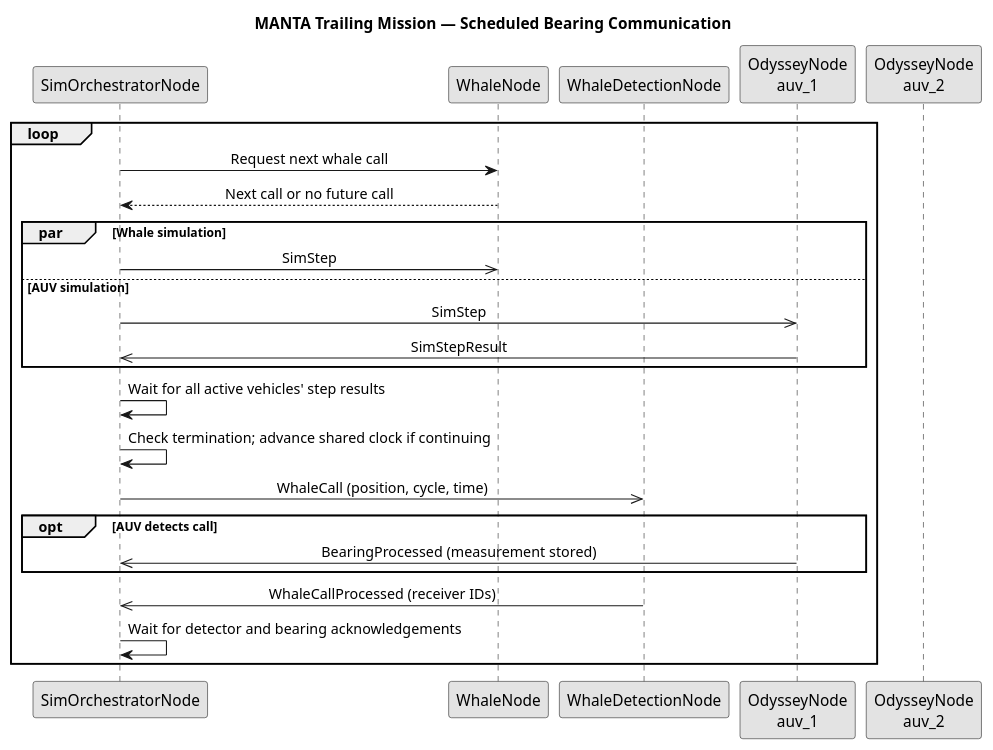
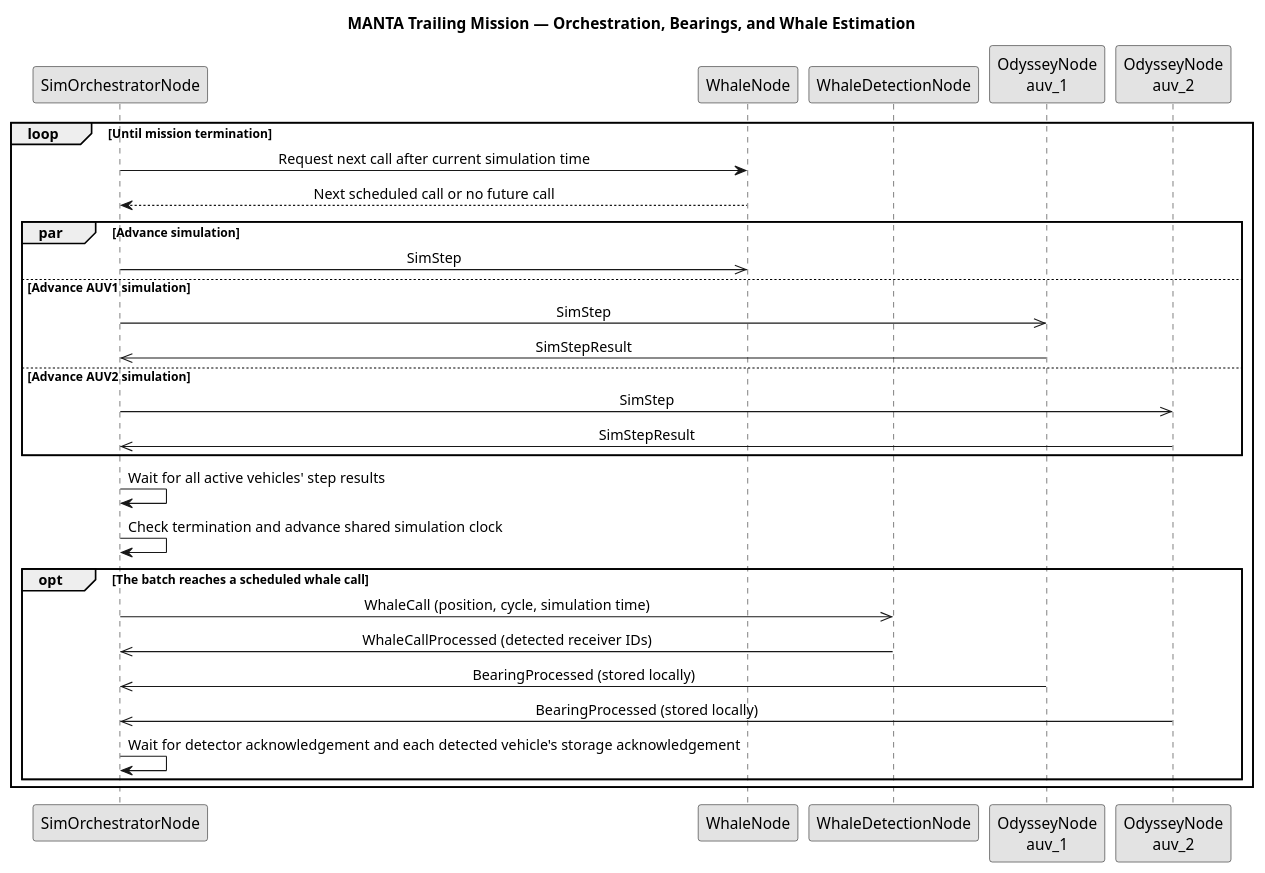
The diagram in components/manta_core/docs/sim_orchestrator_sequence.puml (Tebcherani/MANTA), drawn with PlantUML before and after one commit.

Commit message:
Updated sim orchestrator sequence

```diff
--- a/components/manta_core/docs/sim_orchestrator_sequence.puml
+++ b/components/manta_core/docs/sim_orchestrator_sequence.puml
@@ -1,41 +1,42 @@
 @startuml
-title MANTA Trailing Mission — Scheduled Bearing Communication
+title MANTA Trailing Mission — Orchestration, Bearings, and Whale Estimation
 
 skinparam monochrome true
 skinparam shadowing false
 skinparam sequenceMessageAlign center
 skinparam responseMessageBelowArrow true
 
 participant "SimOrchestratorNode" as Orchestrator
 participant "WhaleNode" as Whale
 participant "WhaleDetectionNode" as Detection
 participant "OdysseyNode\nauv_1" as AUV1
 participant "OdysseyNode\nauv_2" as AUV2
 
-loop
+loop Until mission termination
+    Orchestrator -> Whale : Request next call after current simulation time
+    Whale --> Orchestrator : Next scheduled call or no future call
 
-    Orchestrator -> Whale : Request next whale call
-    Whale --> Orchestrator : Next call or no future call
-
-    par Whale simulation
+    par Advance simulation
         Orchestrator ->> Whale : SimStep
-
-    else AUV simulation
+    else Advance AUV1 simulation
         Orchestrator ->> AUV1 : SimStep
         AUV1 ->> Orchestrator : SimStepResult
+    else Advance AUV2 simulation
+        Orchestrator ->> AUV2 : SimStep        
+        AUV2 ->> Orchestrator : SimStepResult
     end
 
     Orchestrator -> Orchestrator : Wait for all active vehicles' step results
-    Orchestrator -> Orchestrator : Check termination; advance shared clock if continuing
+    Orchestrator -> Orchestrator : Check termination and advance shared simulation clock
 
-    Orchestrator ->> Detection : WhaleCall (position, cycle, time)
+    opt The batch reaches a scheduled whale call
+        Orchestrator ->> Detection : WhaleCall (position, cycle, simulation time)
+        Detection ->> Orchestrator : WhaleCallProcessed (detected receiver IDs)
+        AUV1 ->> Orchestrator : BearingProcessed (stored locally)
+        AUV2 ->> Orchestrator : BearingProcessed (stored locally)
 
-    opt AUV detects call
-        AUV1 ->> Orchestrator : BearingProcessed (measurement stored)
+        Orchestrator -> Orchestrator : Wait for detector acknowledgement and each detected vehicle's storage acknowledgement
     end
-
-        Detection ->> Orchestrator : WhaleCallProcessed (receiver IDs)
-    Orchestrator -> Orchestrator : Wait for detector and bearing acknowledgements
 end
 
 @enduml
```
